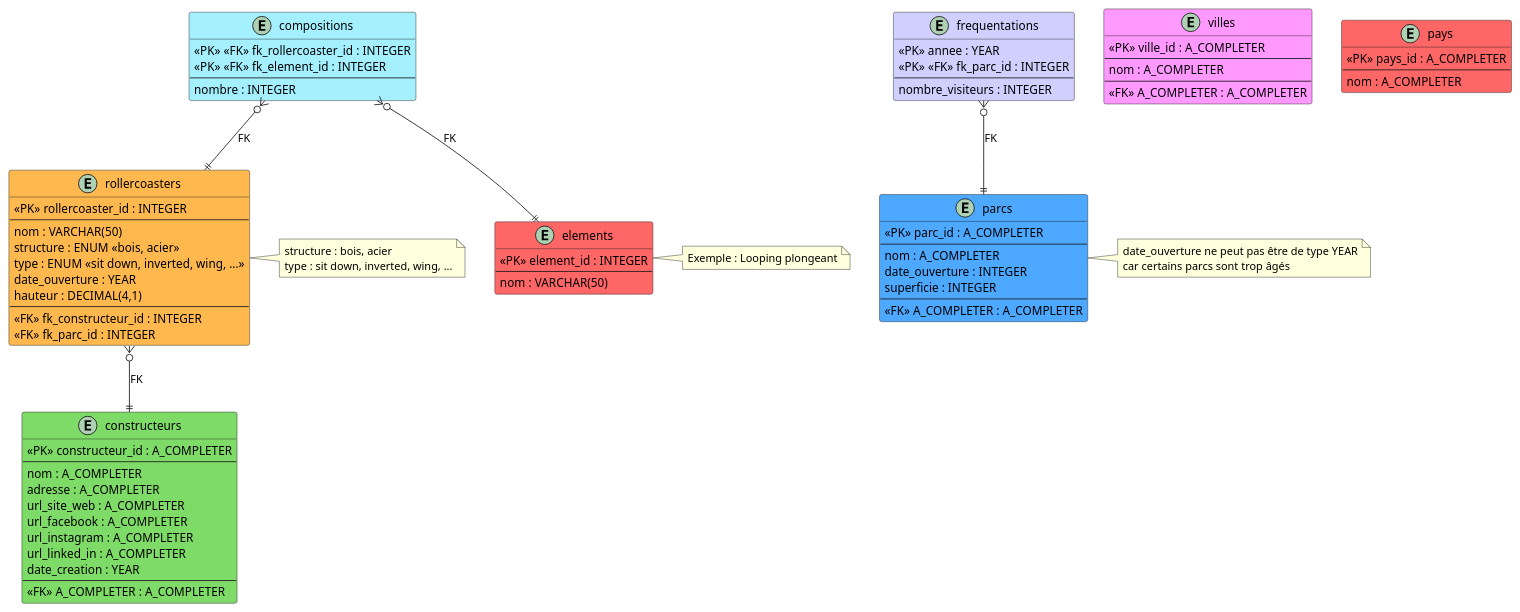
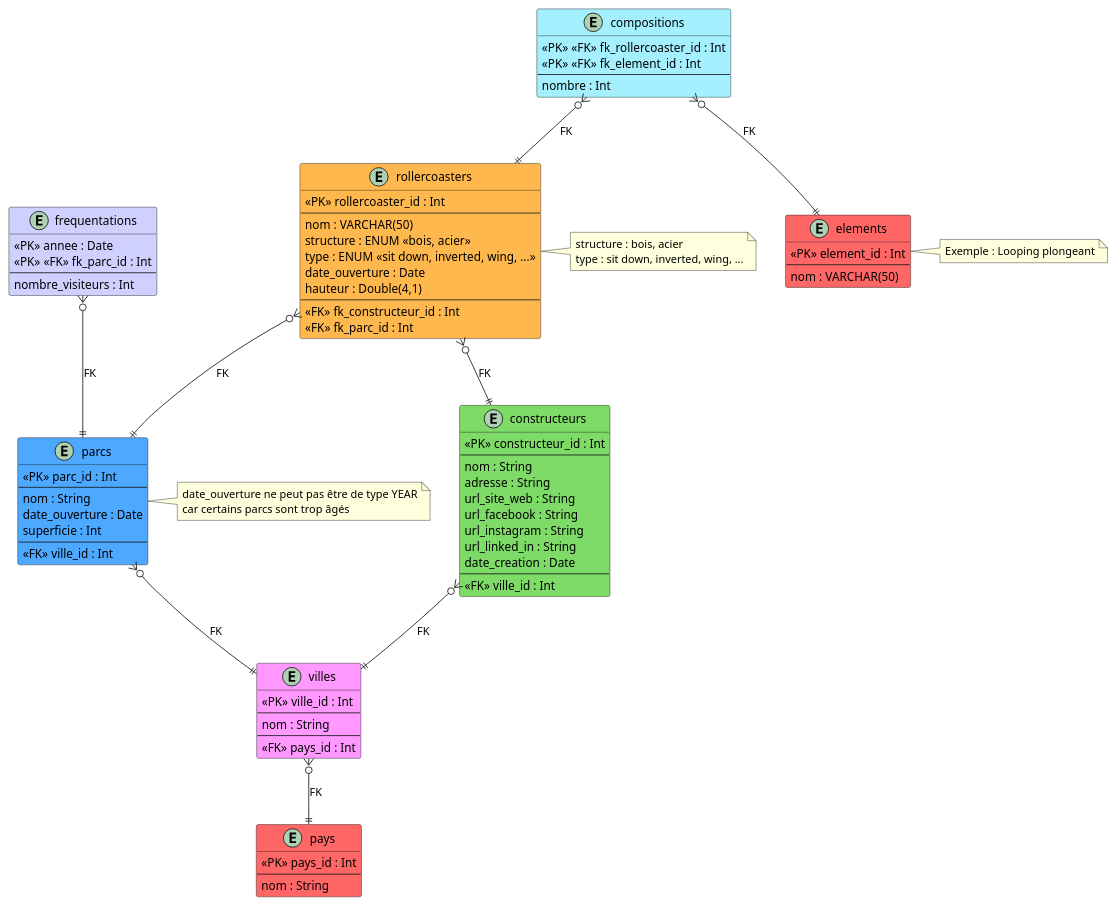
One commit to Neky547/ECD_Eurocoasters changed the diagram in Schéma ERD eurocoasters (A COMPLETER).puml. Above: the diagram before and after it, drawn with PlantUML. The commit also changed 1 other file, not shown here.

```diff
--- a/Schéma ERD eurocoasters (A COMPLETER).puml
+++ b/Schéma ERD eurocoasters (A COMPLETER).puml
@@ -1,120 +1,123 @@
 @startuml
 
 ' Personnalisation des stéréotypes PK et FK :
 skinparam class {
     StereotypeFontColor<<PK>> Black
     StereotypeFontColor<<FK>> Black
     StereotypeBackgroundColor<<PK>> YellowGreen
     StereotypeBackgroundColor<<FK>> LightSkyBlue
     SterotypeBorderColor<<PK>> Black
     SterotypeBorderColor<<FK>> Black
 }
 
 ' ---------------------------------
 ' Définition des entités (tables) :
 ' ---------------------------------
 
 entity rollercoasters #FFB84D {
-    <<PK>> rollercoaster_id : INTEGER
+    <<PK>> rollercoaster_id : Int
     --
     nom : VARCHAR(50)
     structure : ENUM <<bois, acier>>
     type : ENUM <<sit down, inverted, wing, ...>>
-    date_ouverture : YEAR
-    hauteur : DECIMAL(4,1)
+    date_ouverture : Date
+    hauteur : Double(4,1)
     --
-    <<FK>> fk_constructeur_id : INTEGER
-    <<FK>> fk_parc_id : INTEGER
+    <<FK>> fk_constructeur_id : Int
+    <<FK>> fk_parc_id : Int
 }
 
 entity constructeurs #7FDB67 {
-    <<PK>> constructeur_id : A_COMPLETER
+    <<PK>> constructeur_id : Int
     --
-    nom : A_COMPLETER
-    adresse : A_COMPLETER
-    url_site_web : A_COMPLETER
-    url_facebook : A_COMPLETER
-    url_instagram : A_COMPLETER
-    url_linked_in : A_COMPLETER
-    date_creation : YEAR
+    nom : String
+    adresse : String
+    url_site_web : String
+    url_facebook : String
+    url_instagram : String
+    url_linked_in : String
+    date_creation : Date
     --
-    <<FK>> A_COMPLETER : A_COMPLETER
+    <<FK>> ville_id : Int
 }
 
 entity parcs #4DA8FF {
-    <<PK>> parc_id : A_COMPLETER
+    <<PK>> parc_id : Int
     --
-    nom : A_COMPLETER    
-    date_ouverture : INTEGER
-    superficie : INTEGER
+    nom : String    
+    date_ouverture : Date
+    superficie : Int
     --
-    <<FK>> A_COMPLETER : A_COMPLETER
+    <<FK>> ville_id : Int
 }
 
 entity villes #FF99FF {
-    <<PK>> ville_id : A_COMPLETER
+    <<PK>> ville_id : Int
     --
-    nom : A_COMPLETER
+    nom : String
     --
-    <<FK>> A_COMPLETER : A_COMPLETER
+    <<FK>> pays_id : Int
 }
 
 entity pays #FF6666 {
-    <<PK>> pays_id : A_COMPLETER
+    <<PK>> pays_id : Int
     --
-    nom : A_COMPLETER
+    nom : String
 }
 
 entity compositions #A4F0FF {
-    <<PK>> <<FK>> fk_rollercoaster_id : INTEGER
-    <<PK>> <<FK>> fk_element_id : INTEGER
+    <<PK>> <<FK>> fk_rollercoaster_id : Int
+    <<PK>> <<FK>> fk_element_id : Int
     --
-    nombre : INTEGER
+    nombre : Int
 }
 
 entity elements #FF6666 {
-    <<PK>> element_id : INTEGER
+    <<PK>> element_id : Int
     --
     nom : VARCHAR(50)
 }
 
 entity frequentations #D0D0FF {
-    <<PK>> annee : YEAR
-    <<PK>> <<FK>> fk_parc_id : INTEGER
+    <<PK>> annee : Date
+    <<PK>> <<FK>> fk_parc_id : Int
     --
-    nombre_visiteurs : INTEGER
+    nombre_visiteurs : Int
 }
 
 
 ' --------------------------------------------
 ' Définition des relations entre les entités :
 ' --------------------------------------------
 
 rollercoasters }o--|| constructeurs : "FK"
 
-' COMPLETER ICI LES 4 RELATIONS MANQUANTES
+rollercoasters }o--|| parcs : "FK"
+constructeurs }o--|| villes : "FK"
+parcs }o--|| villes : "FK"
+villes }o--|| pays : "FK"
 
 compositions }o--|| rollercoasters : "FK"
 compositions }o--|| elements : "FK"
 frequentations }o--|| parcs : "FK"
 
 
 ' ---------------------------------------------------------
 ' Annotations sur les types ou autres informations utiles :
 ' ---------------------------------------------------------
 
 note right of rollercoasters
     structure : bois, acier
     type : sit down, inverted, wing, ...
 end note
 
 note right of parcs
     date_ouverture ne peut pas être de type YEAR
     car certains parcs sont trop âgés
 end note
 
 note right of elements
     Exemple : Looping plongeant
 end note
 
 @enduml
```
